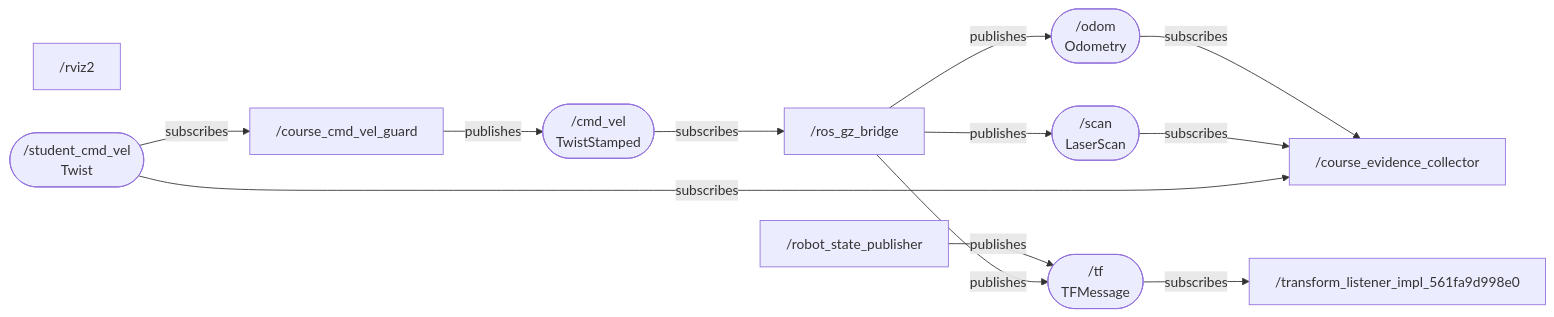
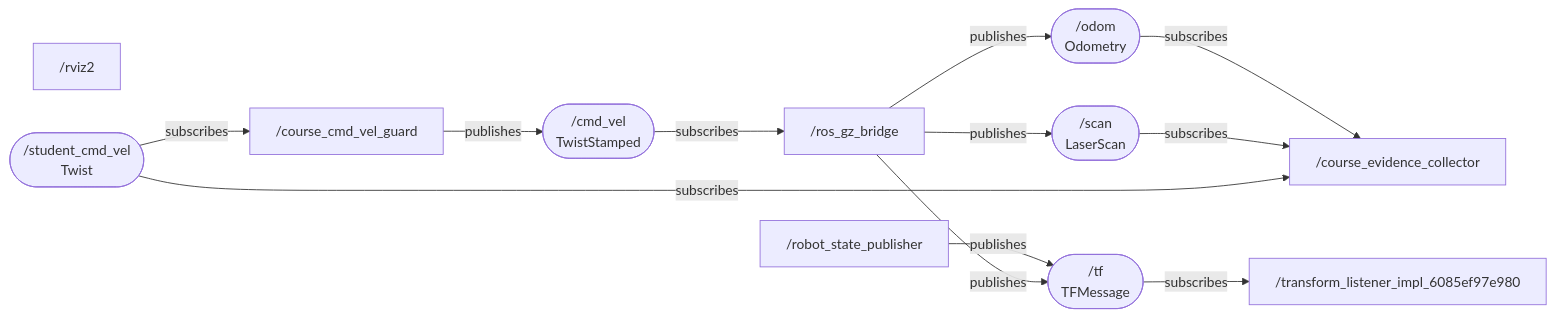
Before and after one commit to nabilo999/robotics-fall2026: the diagram in week01_ros_foundations/student_submission/mission_1/ros_system_diagram.md, drawn with Mermaid. The commit also changed 21 other files, not shown here.

````diff
--- a/week01_ros_foundations/student_submission/mission_1/ros_system_diagram.md
+++ b/week01_ros_foundations/student_submission/mission_1/ros_system_diagram.md
@@ -3,25 +3,25 @@
 ```mermaid
 flowchart LR
   n0["/course_cmd_vel_guard"]
   n1["/course_evidence_collector"]
   n2["/robot_state_publisher"]
   n3["/ros_gz_bridge"]
   n4["/rviz2"]
-  n5["/transform_listener_impl_561fa9d998e0"]
+  n5["/transform_listener_impl_6085ef97e980"]
   t0(["/cmd_vel<br/>TwistStamped"])
   n0 -->|publishes| t0
   t0 -->|subscribes| n3
   t1(["/odom<br/>Odometry"])
   n3 -->|publishes| t1
   t1 -->|subscribes| n1
   t2(["/scan<br/>LaserScan"])
   n3 -->|publishes| t2
   t2 -->|subscribes| n1
   t3(["/student_cmd_vel<br/>Twist"])
   t3 -->|subscribes| n0
   t3 -->|subscribes| n1
   t4(["/tf<br/>TFMessage"])
   n2 -->|publishes| t4
   n3 -->|publishes| t4
   t4 -->|subscribes| n5
 ```
````
